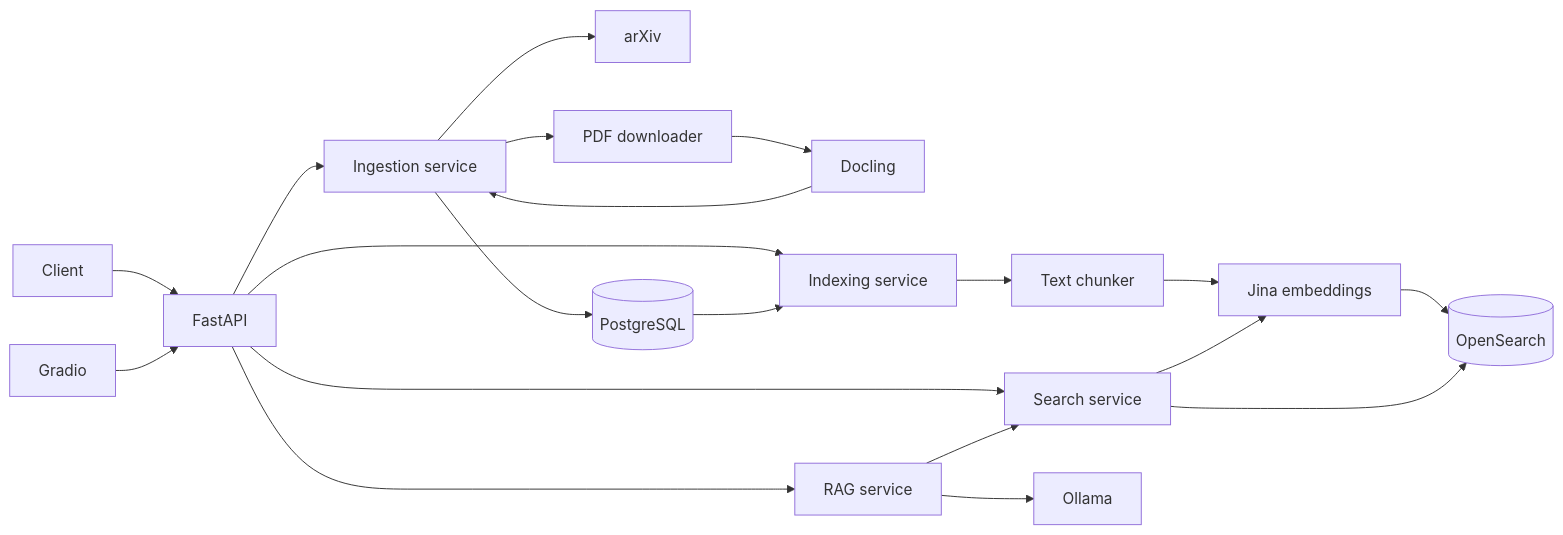
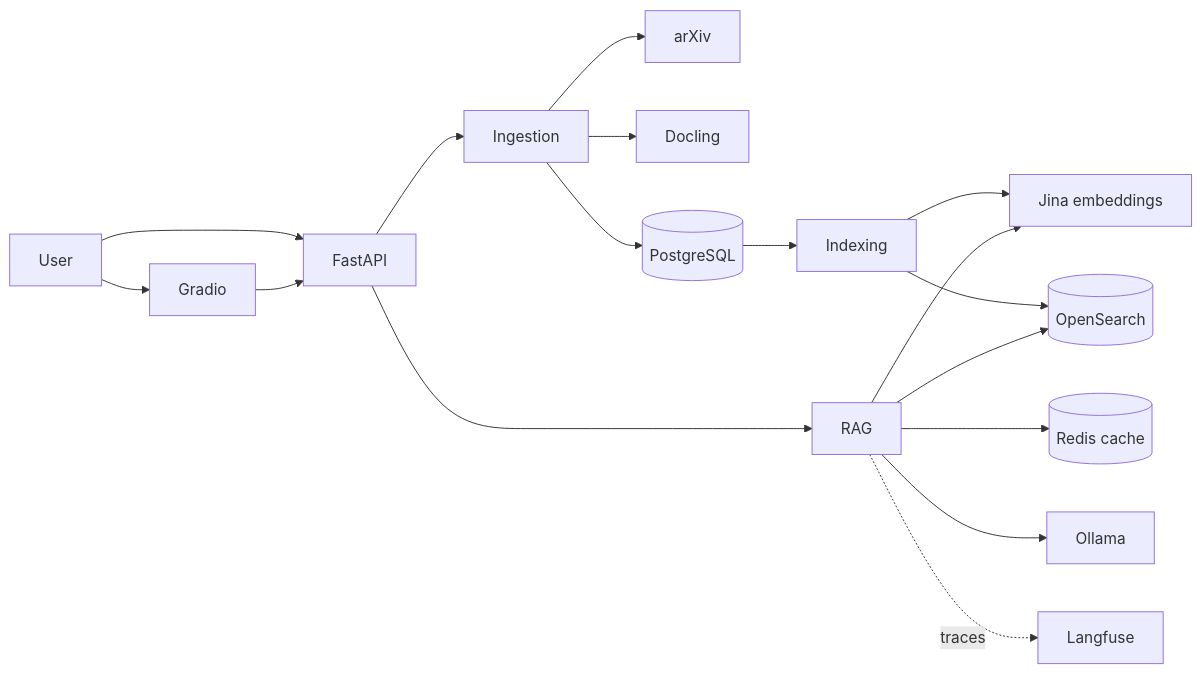
The diagram in README.md (vector94/agentic-research-assistant), drawn with Mermaid before and after one commit. The commit also changed other lines of this file and 14 other files, not shown here.

````diff
--- a/README.md
+++ b/README.md
@@ -27,22 +18,22 @@
 ```mermaid
 flowchart LR
-    Client --> FastAPI
-    Gradio --> FastAPI
-    FastAPI --> Ingestion[Ingestion service]
+    User --> API[FastAPI]
+    User --> Gradio
+    Gradio --> API
+
+    API --> Ingestion
     Ingestion --> arXiv
-    Ingestion --> PDF[PDF downloader]
-    PDF --> Docling
-    Docling --> Ingestion
+    Ingestion --> Docling
     Ingestion --> PostgreSQL[(PostgreSQL)]
-    FastAPI --> Indexing[Indexing service]
+
     PostgreSQL --> Indexing
-    Indexing --> Chunking[Text chunker]
-    Chunking --> Embeddings[Jina embeddings]
-    Embeddings --> OpenSearch[(OpenSearch)]
-    FastAPI --> Search[Search service]
-    Search --> OpenSearch
-    Search --> Embeddings
-    FastAPI --> RAG[RAG service]
-    RAG --> Search
+    Indexing --> Jina[Jina embeddings]
+    Indexing --> OpenSearch[(OpenSearch)]
+
+    API --> RAG
+    RAG --> Redis[(Redis cache)]
+    RAG --> Jina
+    RAG --> OpenSearch
     RAG --> Ollama
+    RAG -. traces .-> Langfuse
 ```
````
